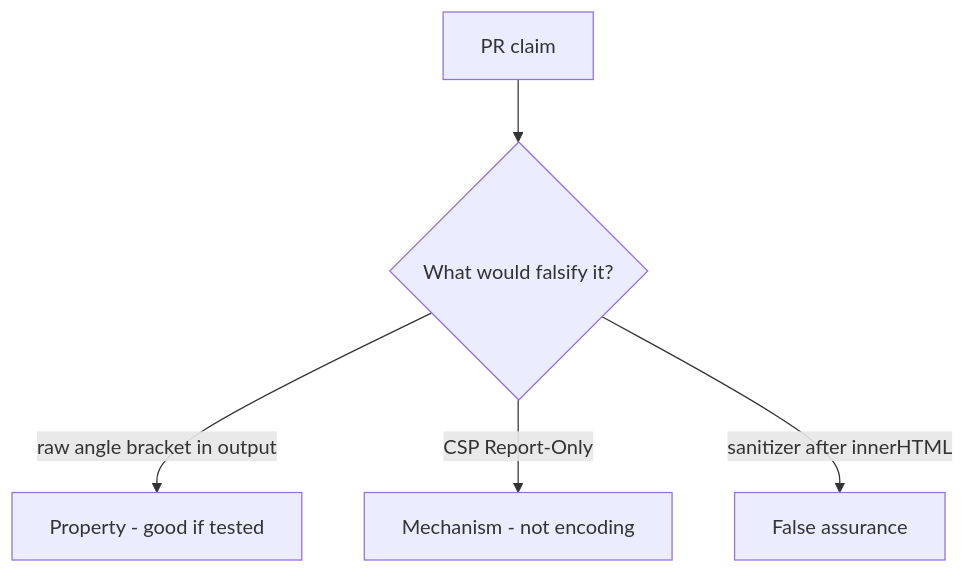
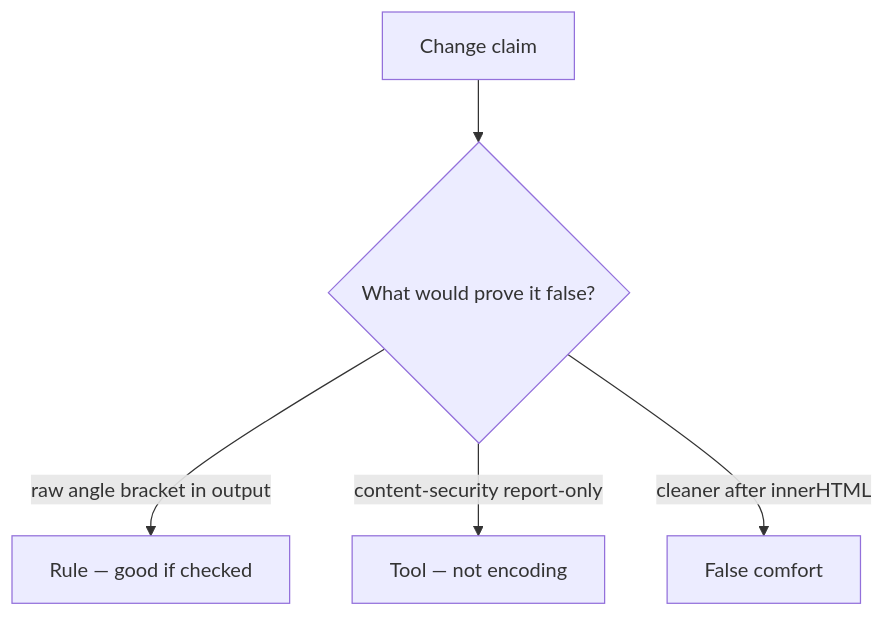
One commit to ishitvagoel/LearnSecurity changed the diagram in content/modules/6/6.2/lessons/08-review.md. Above: the diagram before and after it, drawn with Mermaid. The commit also changed other lines of this file and 55 other files, not shown here.

````diff
--- a/content/modules/6/6.2/lessons/08-review.md
+++ b/content/modules/6/6.2/lessons/08-review.md
@@ -17,7 +18,7 @@
 ```mermaid
 flowchart TD
-  Claim[PR claim] --> Q{"What would falsify it?"}
-  Q -->|"raw angle bracket in output"| Property["Property - good if tested"]
-  Q -->|"CSP Report-Only"| Mechanism[Mechanism - not encoding]
-  Q -->|"sanitizer after innerHTML"| False[False assurance]
+  Claim[Change claim] --> Q{"What would prove it false?"}
+  Q -->|"raw angle bracket in output"| Property["Rule — good if checked"]
+  Q -->|"content-security report-only"| Mechanism[Tool — not encoding]
+  Q -->|"cleaner after innerHTML"| False[False comfort]
 ```
````
